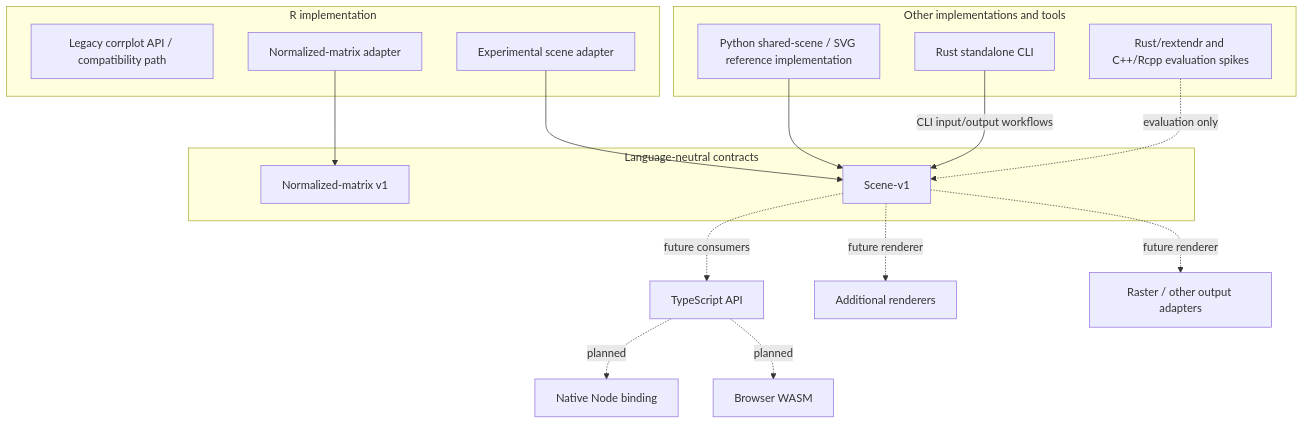
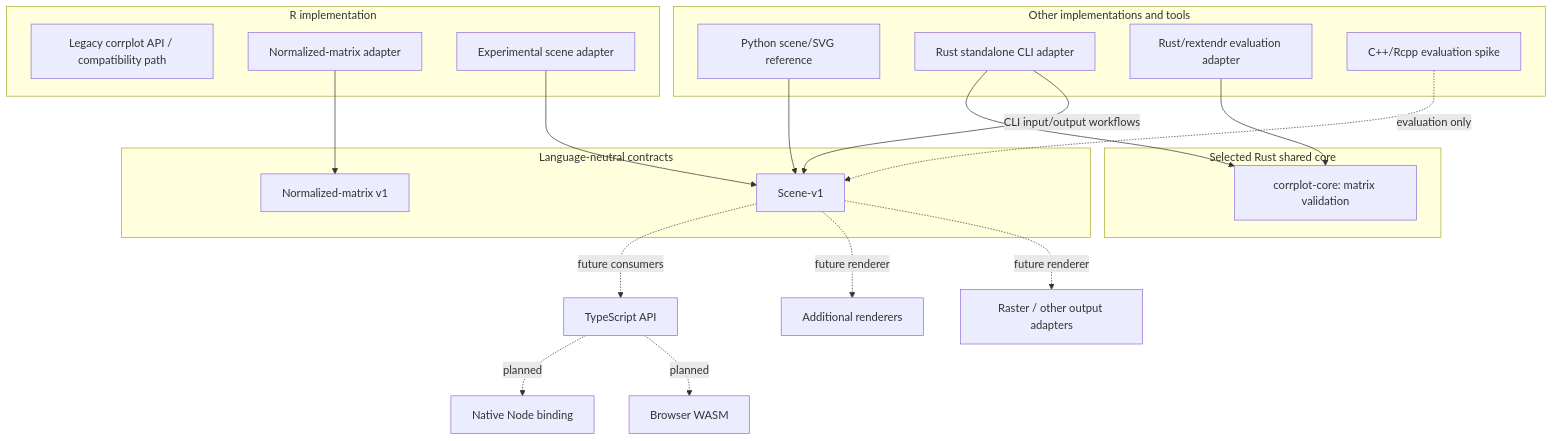
The diagram in docs/architecture.md (vsimko/corrplot-ng), drawn with Mermaid before and after one commit. The commit also changed other lines of this file, not shown here.

Commit message:
docs(architecture): align current state with shared Rust core

````diff
--- a/docs/architecture.md
+++ b/docs/architecture.md
@@ -24,31 +24,38 @@
 ```mermaid
 flowchart TB
     subgraph Contracts[Language-neutral contracts]
       NM[Normalized-matrix v1]
       SC[Scene-v1]
     end
 
     subgraph R[R implementation]
       RLEG[Legacy corrplot API / compatibility path]
       RNORM[Normalized-matrix adapter]
       RSCENE[Experimental scene adapter]
     end
 
+    subgraph RustCore[Selected Rust shared core]
+      CORE[corrplot-core: matrix validation]
+    end
+
     subgraph Other[Other implementations and tools]
-      PY[Python shared-scene / SVG reference implementation]
-      CLI[Rust standalone CLI]
-      SPIKES[Rust/rextendr and C++/Rcpp evaluation spikes]
+      PY[Python scene/SVG reference]
+      CLI[Rust standalone CLI adapter]
+      REXT[Rust/rextendr evaluation adapter]
+      CPP[C++/Rcpp evaluation spike]
     end
 
     RNORM --> NM
     RSCENE --> SC
     PY --> SC
+    CLI --> CORE
+    REXT --> CORE
     CLI -->|CLI input/output workflows| SC
-    SPIKES -. evaluation only .-> SC
+    CPP -. evaluation only .-> SC
 
     SC -. future consumers .-> TS[TypeScript API]
     TS -. planned .-> NODE[Native Node binding]
     TS -. planned .-> WASM[Browser WASM]
     SC -. future renderer .-> SVG[Additional renderers]
     SC -. future renderer .-> RENDER[Raster / other output adapters]
 ```
````
